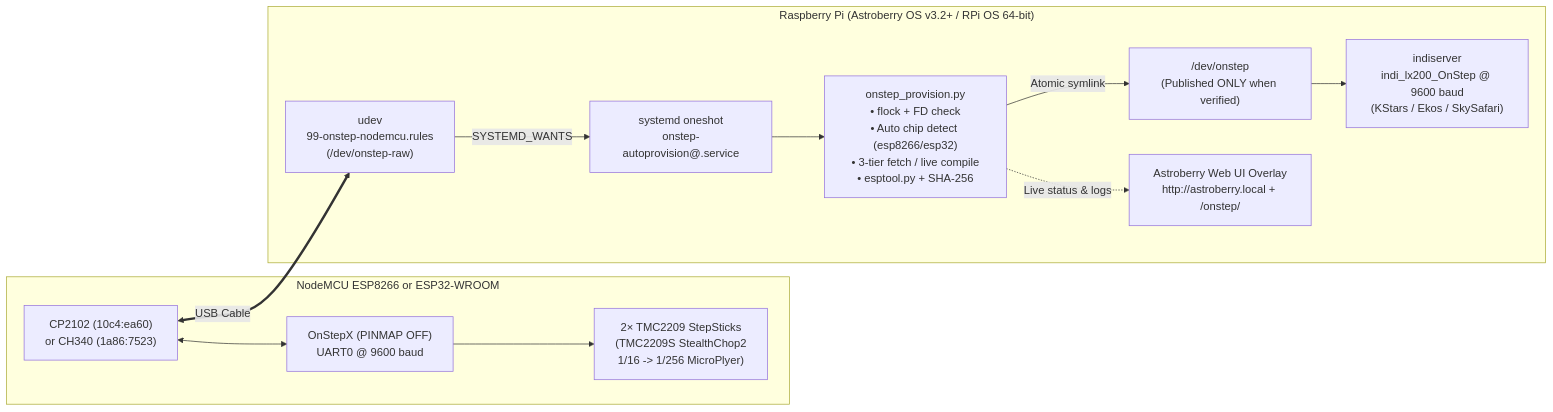
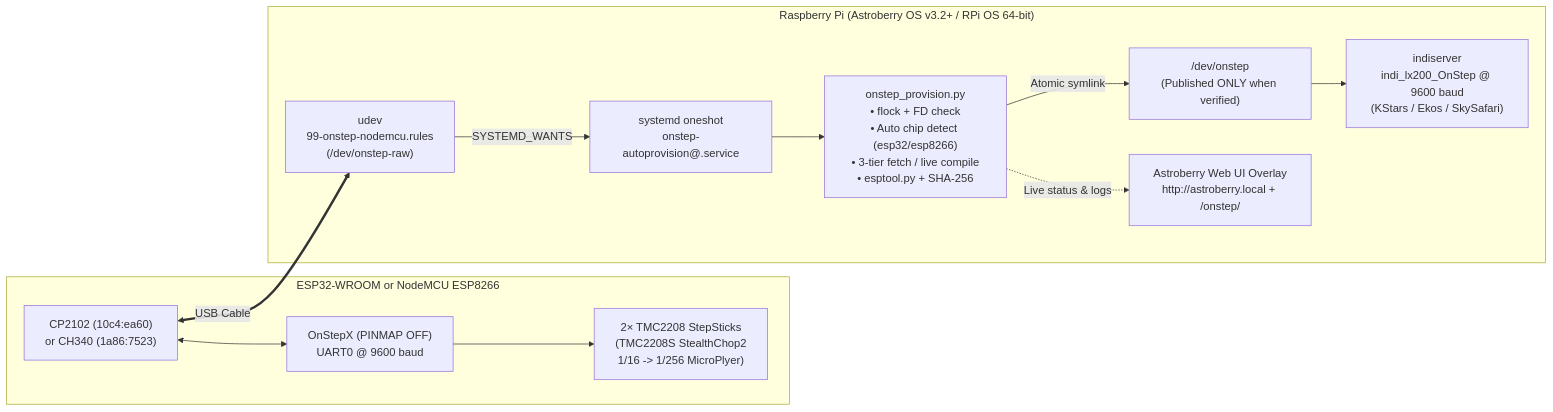
The first of 2 diagrams in README.md (0denko/AstroDrive), drawn with Mermaid before and after one commit. The commit also changed other lines of this file and 21 other files, not shown here.

Commit message:
Switch profiles to TMC2208S standalone drivers & add ESP32/ESP8266 wiring diagrams

````diff
--- a/README.md
+++ b/README.md
@@ -16,24 +16,24 @@
 ```mermaid
 flowchart LR
-    subgraph MCU["NodeMCU ESP8266 or ESP32-WROOM"]
+    subgraph MCU["ESP32-WROOM or NodeMCU ESP8266"]
         USB["CP2102 (10c4:ea60)\nor CH340 (1a86:7523)"]
         FW["OnStepX (PINMAP OFF)\nUART0 @ 9600 baud"]
-        DRV["2× TMC2209 StepSticks\n(TMC2209S StealthChop2\n1/16 -> 1/256 MicroPlyer)"]
+        DRV["2× TMC2208 StepSticks\n(TMC2208S StealthChop2\n1/16 -> 1/256 MicroPlyer)"]
         USB <--> FW --> DRV
     end
 
     subgraph RPI["Raspberry Pi (Astroberry OS v3.2+ / RPi OS 64-bit)"]
         UDEV["udev\n99-onstep-nodemcu.rules\n(/dev/onstep-raw)"]
         SVC["systemd oneshot\nonstep-autoprovision@.service"]
-        PROV["onstep_provision.py\n• flock + FD check\n• Auto chip detect (esp8266/esp32)\n• 3-tier fetch / live compile\n• esptool.py + SHA-256"]
+        PROV["onstep_provision.py\n• flock + FD check\n• Auto chip detect (esp32/esp8266)\n• 3-tier fetch / live compile\n• esptool.py + SHA-256"]
         LINK["/dev/onstep\n(Published ONLY when verified)"]
         INDI["indiserver\nindi_lx200_OnStep @ 9600 baud\n(KStars / Ekos / SkySafari)"]
         UI["Astroberry Web UI Overlay\nhttp://astroberry.local + /onstep/"]
 
         UDEV -->|SYSTEMD_WANTS| SVC --> PROV
         PROV -->|Atomic symlink| LINK --> INDI
         PROV -. "Live status & logs" .-> UI
     end
 
     USB <== "USB Cable" ==> UDEV
 ```
````
